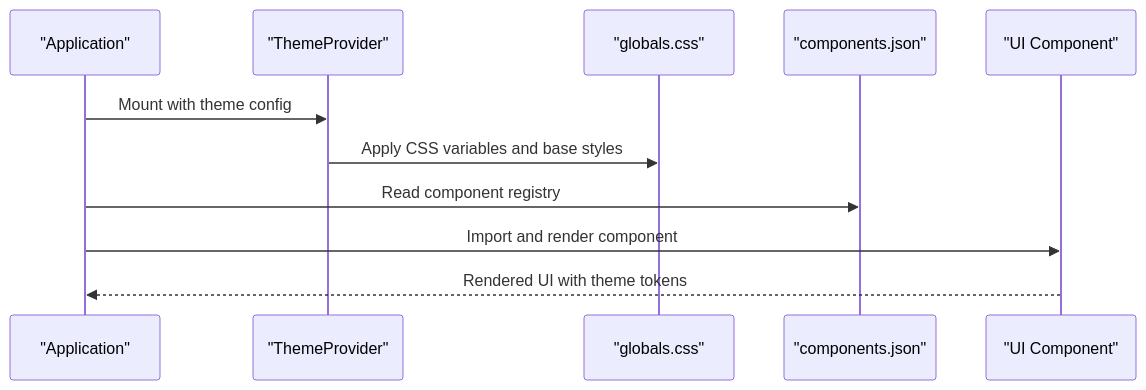
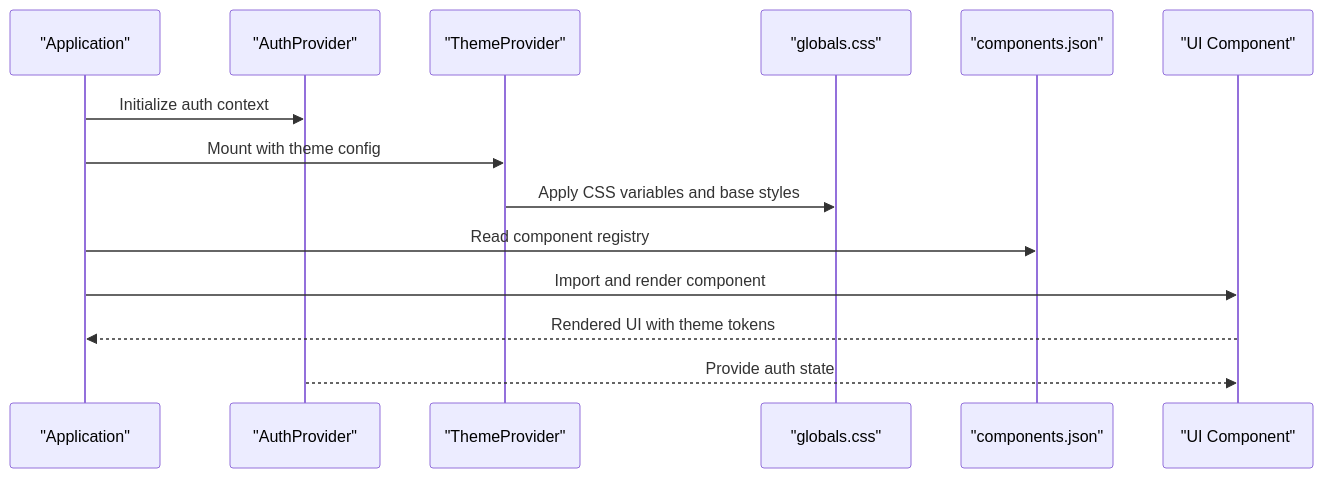
One commit to HassanAmeer/cheaprouter changed the second of 10 diagrams in .qoder/repowiki/en/content/Frontend Architecture/Component Library/Component Library.md. Above: the diagram before and after it, drawn with Mermaid. The commit also changed other lines of this file and 54 other files, not shown here.

````diff
--- a/.qoder/repowiki/en/content/Frontend Architecture/Component Library/Component Library.md
+++ b/.qoder/repowiki/en/content/Frontend Architecture/Component Library/Component Library.md
@@ -149,13 +211,16 @@
 ```mermaid
 sequenceDiagram
 participant App as "Application"
+participant Auth as "AuthProvider"
 participant Provider as "ThemeProvider"
 participant Root as "globals.css"
 participant Config as "components.json"
 participant Comp as "UI Component"
+App->>Auth : Initialize auth context
 App->>Provider : Mount with theme config
 Provider->>Root : Apply CSS variables and base styles
 App->>Config : Read component registry
 App->>Comp : Import and render component
 Comp-->>App : Rendered UI with theme tokens
+Auth-->>Comp : Provide auth state
 ```
````
